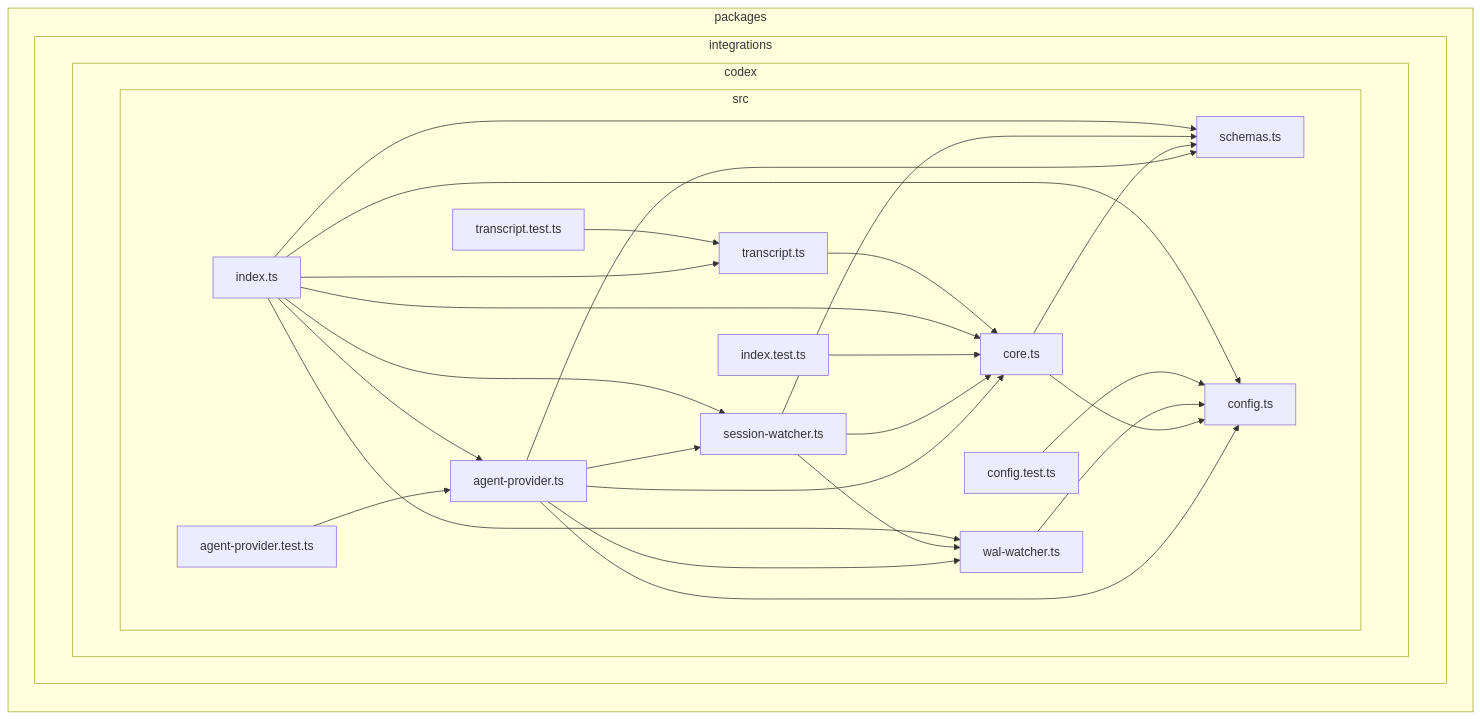
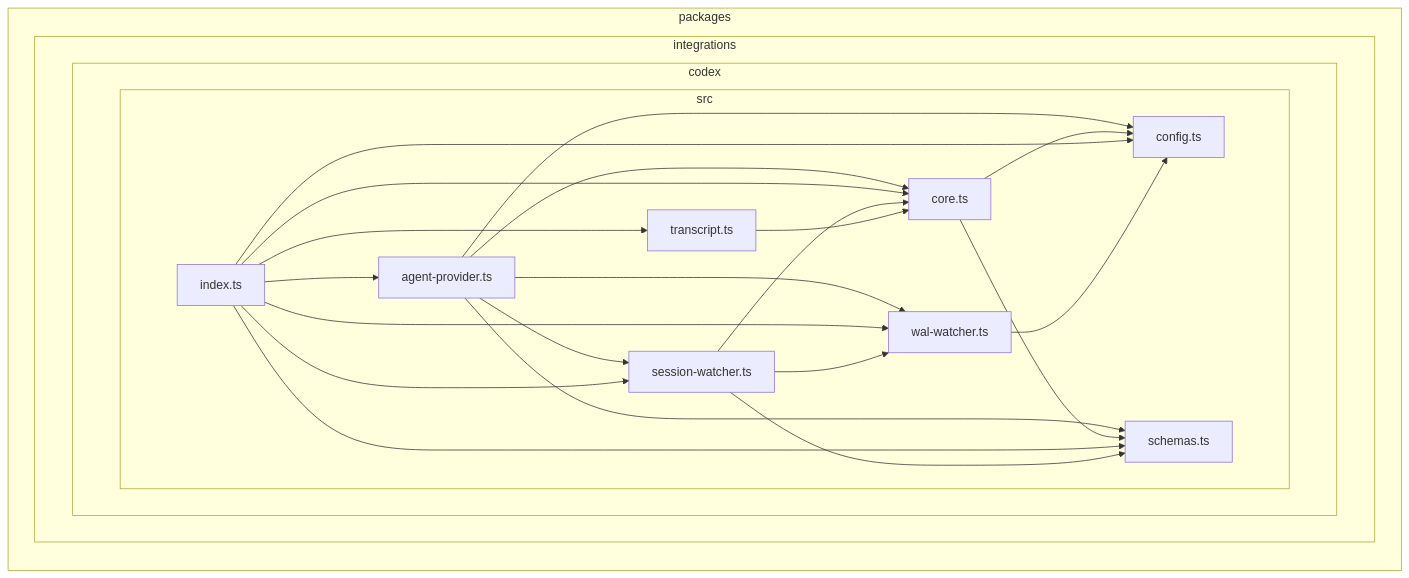
The sixth of 17 diagrams in docs/dependency-graph.md (juspay/kolu), drawn with Mermaid before and after one commit. The commit also changed other lines of this file and 1 other file, not shown here.

First line of the commit message:
chore(depcruise): cluster per-package graphs by subfolder, drop test files

````diff
--- a/docs/dependency-graph.md
+++ b/docs/dependency-graph.md
@@ -732,47 +328,39 @@
 ```mermaid
 flowchart LR
 
 subgraph packages["packages"]
   subgraph packages_integrations["integrations"]
     subgraph packages_integrations_codex["codex"]
       subgraph packages_integrations_codex_src["src"]
-        packages_integrations_codex_src_schemas_ts["schemas.ts"]
-        packages_integrations_codex_src_agent_provider_test_ts["agent-provider.test.ts"]
         packages_integrations_codex_src_agent_provider_ts["agent-provider.ts"]
         packages_integrations_codex_src_config_ts["config.ts"]
         packages_integrations_codex_src_core_ts["core.ts"]
+        packages_integrations_codex_src_index_ts["index.ts"]
+        packages_integrations_codex_src_schemas_ts["schemas.ts"]
         packages_integrations_codex_src_session_watcher_ts["session-watcher.ts"]
+        packages_integrations_codex_src_transcript_ts["transcript.ts"]
         packages_integrations_codex_src_wal_watcher_ts["wal-watcher.ts"]
-        packages_integrations_codex_src_config_test_ts["config.test.ts"]
-        packages_integrations_codex_src_index_test_ts["index.test.ts"]
-        packages_integrations_codex_src_index_ts["index.ts"]
-        packages_integrations_codex_src_transcript_ts["transcript.ts"]
-        packages_integrations_codex_src_transcript_test_ts["transcript.test.ts"]
       end
     end
   end
 end
-packages_integrations_codex_src_agent_provider_test_ts-->packages_integrations_codex_src_agent_provider_ts
 packages_integrations_codex_src_agent_provider_ts-->packages_integrations_codex_src_config_ts
 packages_integrations_codex_src_agent_provider_ts-->packages_integrations_codex_src_core_ts
 packages_integrations_codex_src_agent_provider_ts-->packages_integrations_codex_src_schemas_ts
 packages_integrations_codex_src_agent_provider_ts-->packages_integrations_codex_src_session_watcher_ts
 packages_integrations_codex_src_agent_provider_ts-->packages_integrations_codex_src_wal_watcher_ts
 packages_integrations_codex_src_core_ts-->packages_integrations_codex_src_config_ts
 packages_integrations_codex_src_core_ts-->packages_integrations_codex_src_schemas_ts
-packages_integrations_codex_src_session_watcher_ts-->packages_integrations_codex_src_core_ts
-packages_integrations_codex_src_session_watcher_ts-->packages_integrations_codex_src_schemas_ts
-packages_integrations_codex_src_session_watcher_ts-->packages_integrations_codex_src_wal_watcher_ts
-packages_integrations_codex_src_wal_watcher_ts-->packages_integrations_codex_src_config_ts
-packages_integrations_codex_src_config_test_ts-->packages_integrations_codex_src_config_ts
-packages_integrations_codex_src_index_test_ts-->packages_integrations_codex_src_core_ts
 packages_integrations_codex_src_index_ts-->packages_integrations_codex_src_agent_provider_ts
 packages_integrations_codex_src_index_ts-->packages_integrations_codex_src_config_ts
 packages_integrations_codex_src_index_ts-->packages_integrations_codex_src_core_ts
 packages_integrations_codex_src_index_ts-->packages_integrations_codex_src_schemas_ts
 packages_integrations_codex_src_index_ts-->packages_integrations_codex_src_session_watcher_ts
 packages_integrations_codex_src_index_ts-->packages_integrations_codex_src_transcript_ts
 packages_integrations_codex_src_index_ts-->packages_integrations_codex_src_wal_watcher_ts
+packages_integrations_codex_src_session_watcher_ts-->packages_integrations_codex_src_core_ts
+packages_integrations_codex_src_session_watcher_ts-->packages_integrations_codex_src_schemas_ts
+packages_integrations_codex_src_session_watcher_ts-->packages_integrations_codex_src_wal_watcher_ts
 packages_integrations_codex_src_transcript_ts-->packages_integrations_codex_src_core_ts
-packages_integrations_codex_src_transcript_test_ts-->packages_integrations_codex_src_transcript_ts
+packages_integrations_codex_src_wal_watcher_ts-->packages_integrations_codex_src_config_ts
 ```
````
